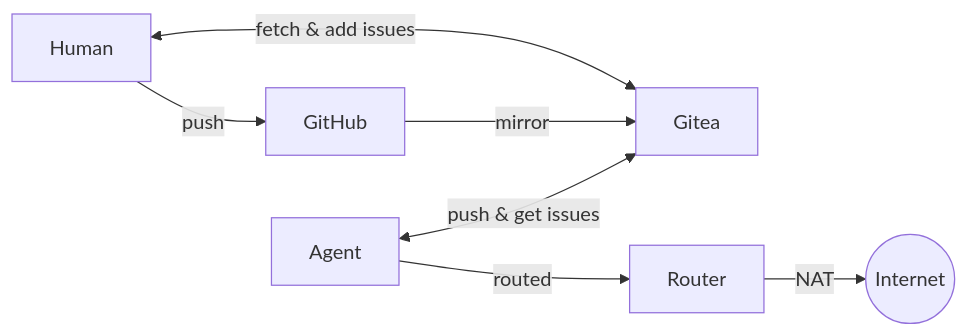
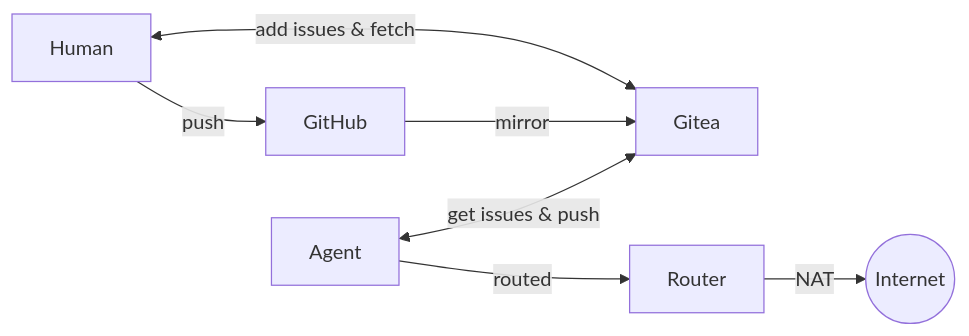
The diagram in README.md (joaopn/agentic-dev-sandbox), drawn with Mermaid before and after one commit. The commit also changed other lines of this file and 5 other files, not shown here.

````diff
--- a/README.md
+++ b/README.md
@@ -22,8 +22,8 @@
 ```mermaid
 graph LR
     Human -->|push| GitHub
-    Human <-->|fetch & add issues| Gitea
+    Human <-->|add issues & fetch| Gitea
     GitHub -->|mirror| Gitea
-    Agent <-->|push & get issues| Gitea
+    Agent <-->|get issues & push| Gitea
     Agent -->|routed| Router -->|NAT| Web((Internet))
 ```
````
